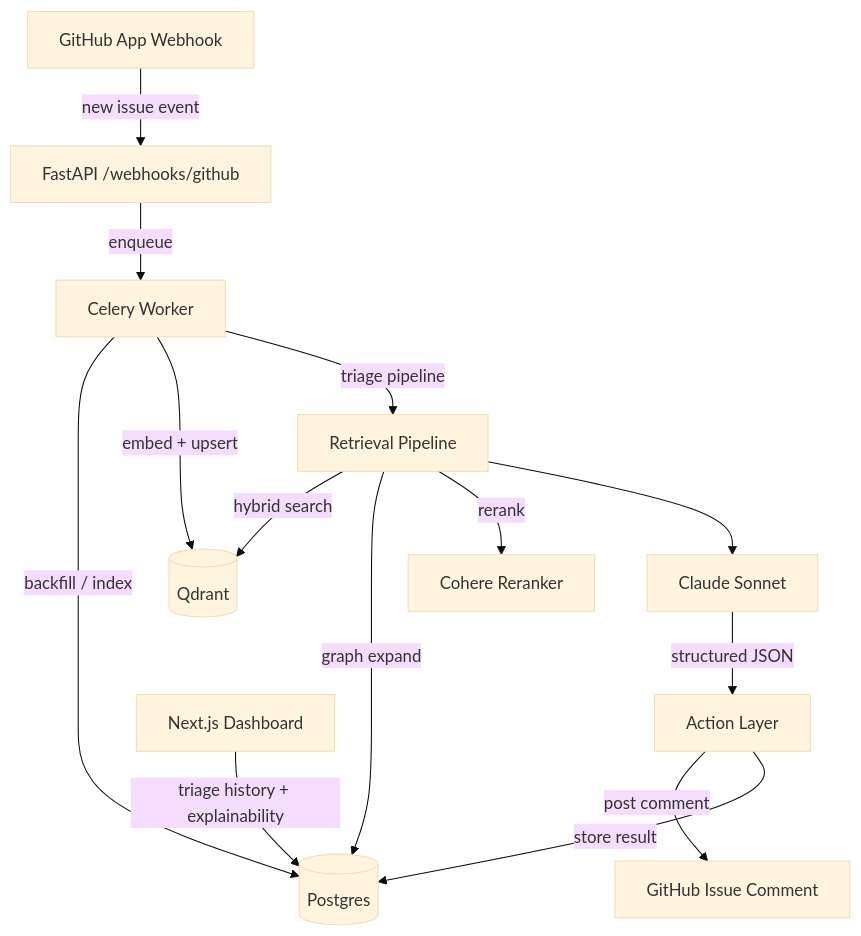
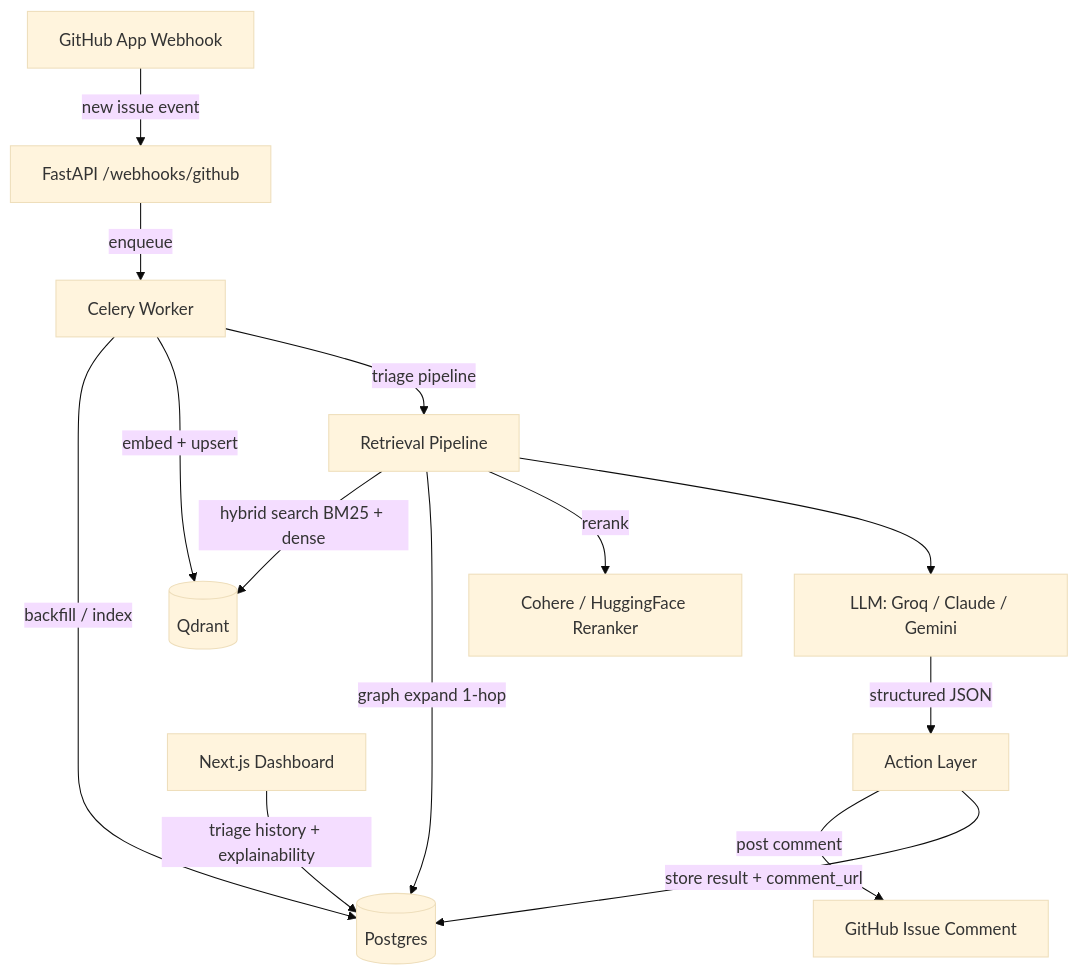
Before and after one commit to samarth080/testingtriange: the diagram in README.md, drawn with Mermaid (base theme). The commit also changed other lines of this file and 5 other files, not shown here.

````diff
--- a/README.md
+++ b/README.md
@@ -7,16 +19,16 @@
 ```mermaid
 graph TD
     GH[GitHub App Webhook] -->|new issue event| FW[FastAPI /webhooks/github]
     FW -->|enqueue| CW[Celery Worker]
     CW -->|backfill / index| PG[(Postgres)]
     CW -->|embed + upsert| QD[(Qdrant)]
     CW -->|triage pipeline| RP[Retrieval Pipeline]
-    RP -->|hybrid search| QD
-    RP -->|graph expand| PG
-    RP -->|rerank| CR[Cohere Reranker]
-    RP --> LLM[Claude Sonnet]
+    RP -->|hybrid search BM25 + dense| QD
+    RP -->|graph expand 1-hop| PG
+    RP -->|rerank| CR[Cohere / HuggingFace Reranker]
+    RP --> LLM[LLM: Groq / Claude / Gemini]
     LLM -->|structured JSON| AC[Action Layer]
     AC -->|post comment| GH2[GitHub Issue Comment]
-    AC -->|store result| PG
+    AC -->|store result + comment_url| PG
     FE[Next.js Dashboard] -->|triage history + explainability| PG
 ```
````
